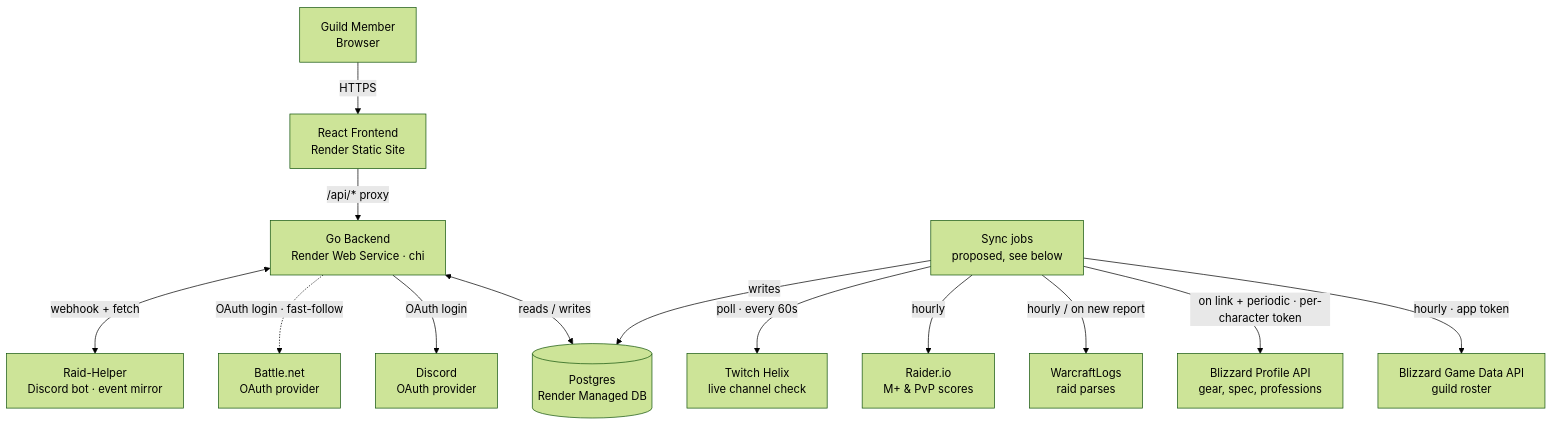
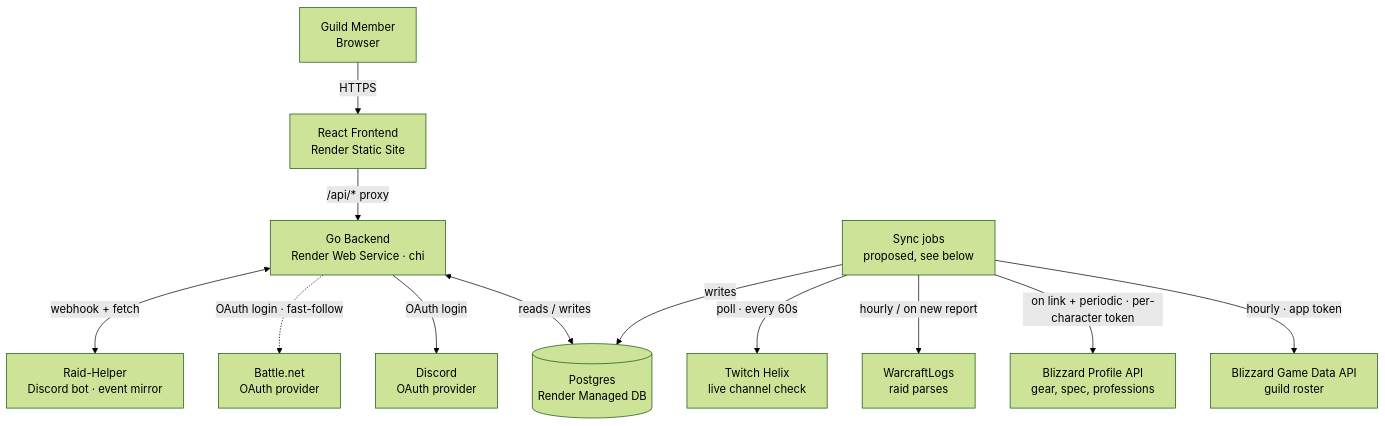
The diagram in plans/product-spec.md (cageymage/fuzion), drawn with Mermaid (forest theme) before and after one commit. The commit also changed other lines of this file, not shown here.

First line of the commit message:
Replace Mythic+ with dungeons, drop Raider.io, and update guild focus

````diff
--- a/plans/product-spec.md
+++ b/plans/product-spec.md
@@ -127,15 +128,14 @@
 ```mermaid
 flowchart TB
     Browser["Guild Member<br/>Browser"] -->|HTTPS| FE
     FE["React Frontend<br/>Render Static Site"] -->|"/api/* proxy"| BE
     BE["Go Backend<br/>Render Web Service · chi"] <-->|reads / writes| PG[("Postgres<br/>Render Managed DB")]
     BE -->|OAuth login| Discord["Discord<br/>OAuth provider"]
     BE -.->|"OAuth login · fast-follow"| BattleNet["Battle.net<br/>OAuth provider"]
     BE <-->|webhook + fetch| RaidHelper["Raid-Helper<br/>Discord bot · event mirror"]
     Sync["Sync jobs<br/>proposed, see below"] -->|"hourly · app token"| BlizzardRoster["Blizzard Game Data API<br/>guild roster"]
     Sync -->|"on link + periodic · per-character token"| BlizzardProfile["Blizzard Profile API<br/>gear, spec, professions"]
     Sync -->|"hourly / on new report"| WCL["WarcraftLogs<br/>raid parses"]
-    Sync -->|"hourly"| RaiderIO["Raider.io<br/>M+ & PvP scores"]
     Sync -->|"poll · every 60s"| Twitch["Twitch Helix<br/>live channel check"]
     Sync -->|writes| PG
 ```
````
